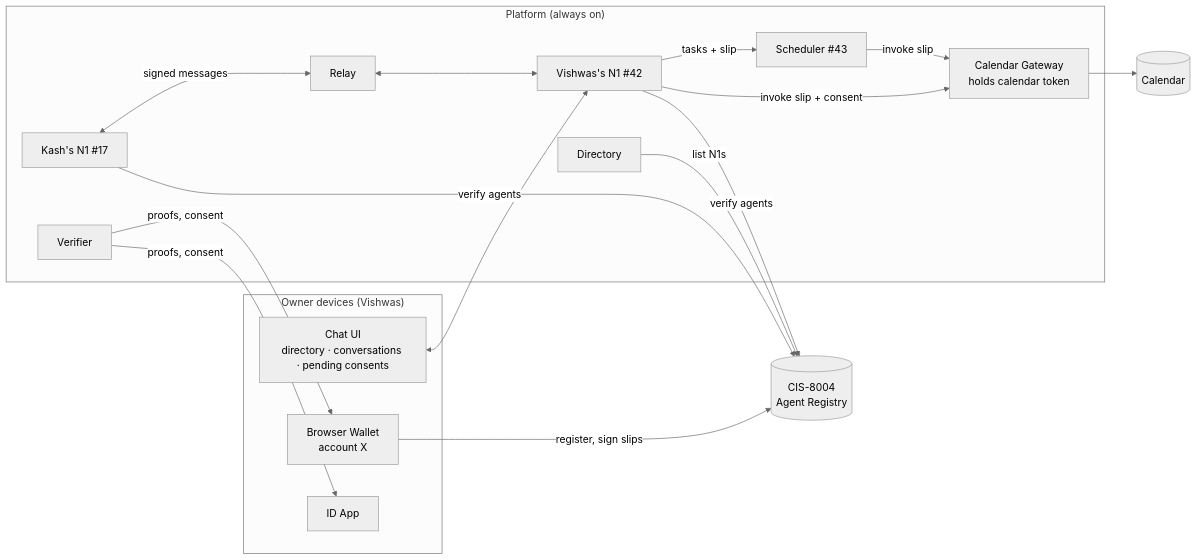
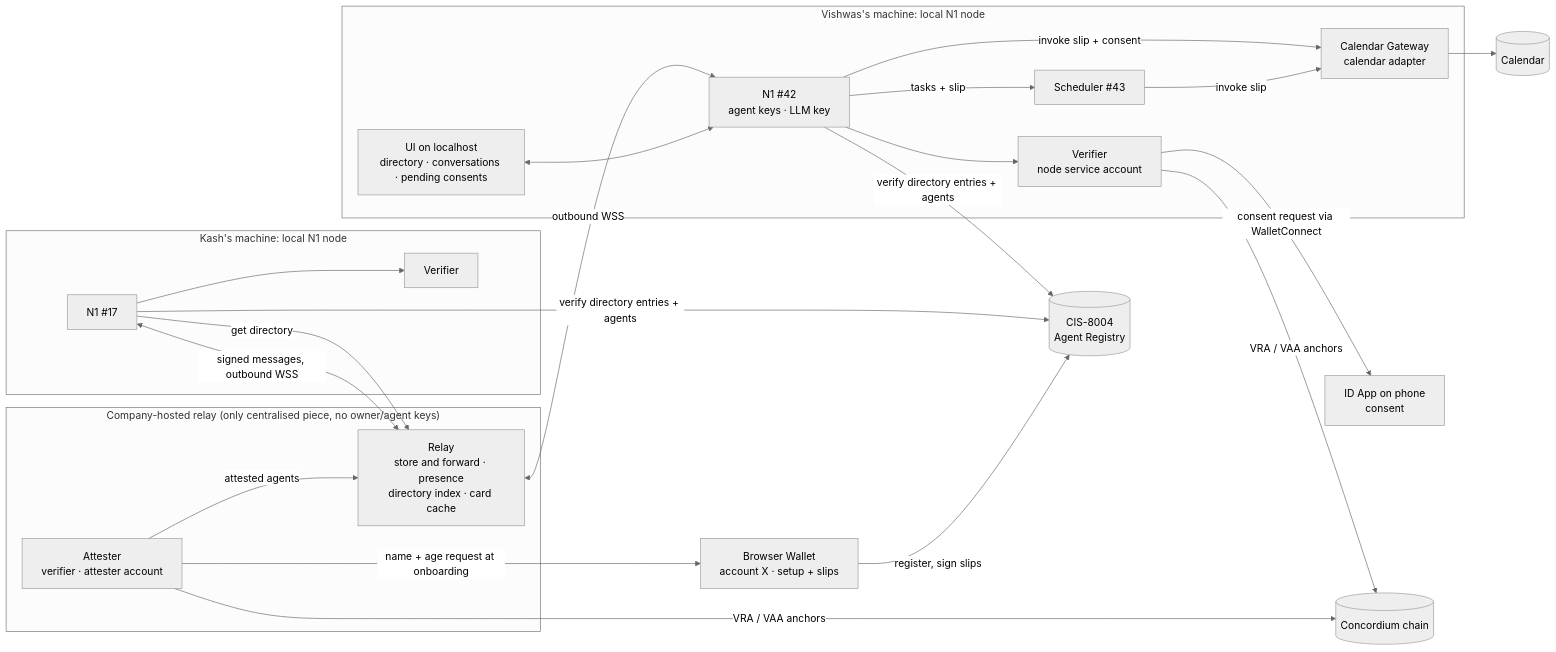
The first of 2 diagrams in technical-solution.md (Vishwas1/number1-agent), drawn with Mermaid (neutral theme) before and after one commit. The commit also changed other lines of this file and 2 other files, not shown here.

````diff
--- a/technical-solution.md
+++ b/technical-solution.md
@@ -25,28 +27,38 @@
 ```mermaid
 flowchart LR
-    subgraph Devices["Owner devices (Vishwas)"]
-      UI[Chat UI<br/>directory · conversations · pending consents]
-      BW[Browser Wallet<br/>account X]
-      IDA[ID App]
+    subgraph VNode["Vishwas's machine: local N1 node"]
+      UI[UI on localhost<br/>directory · conversations · pending consents]
+      N1[N1 #42<br/>agent keys · LLM key]
+      CR[Scheduler #43]
+      GW[Calendar Gateway<br/>calendar adapter]
+      VER[Verifier<br/>node service account]
     end
-    subgraph Platform["Platform (always on)"]
-      N1[Vishwas's N1 #42]
-      CR[Scheduler #43]
-      GW[Calendar Gateway<br/>holds calendar token]
-      N1K[Kash's N1 #17]
-      REL[Relay]
-      DIR[Directory]
-      VER[Verifier]
+    subgraph KNode["Kash's machine: local N1 node"]
+      N1K[N1 #17]
+      VERK[Verifier]
     end
+    subgraph Backend["Company-hosted relay (only centralised piece, no owner/agent keys)"]
+      REL[Relay<br/>store and forward · presence<br/>directory index · card cache]
+      ATT[Attester<br/>verifier · attester account]
+    end
+    BW[Browser Wallet<br/>account X · setup + slips]
+    IDA[ID App on phone<br/>consent]
     REG[(CIS-8004<br/>Agent Registry)]
     UI <--> N1
-    N1K <-->|signed messages| REL <--> N1
+    N1K <-->|signed messages, outbound WSS| REL
+    REL <-->|outbound WSS| N1
     N1 -->|tasks + slip| CR
     CR -->|invoke slip| GW
     N1 -->|invoke slip + consent| GW
     GW --> GC[(Calendar)]
     BW -->|register, sign slips| REG
-    N1 & N1K -->|verify agents| REG
-    DIR -->|list N1s| REG
-    VER -->|proofs, consent| BW & IDA
+    N1 & N1K -->|verify directory entries + agents| REG
+    N1K -->|get directory| REL
+    ATT -->|name + age request at onboarding| BW
+    ATT -->|VRA / VAA anchors| CH[(Concordium chain)]
+    ATT -->|attested agents| REL
+    N1 --> VER
+    VER -->|consent request via WalletConnect| IDA
+    VER -->|VRA / VAA anchors| CH
+    N1K --> VERK
 ```
````
